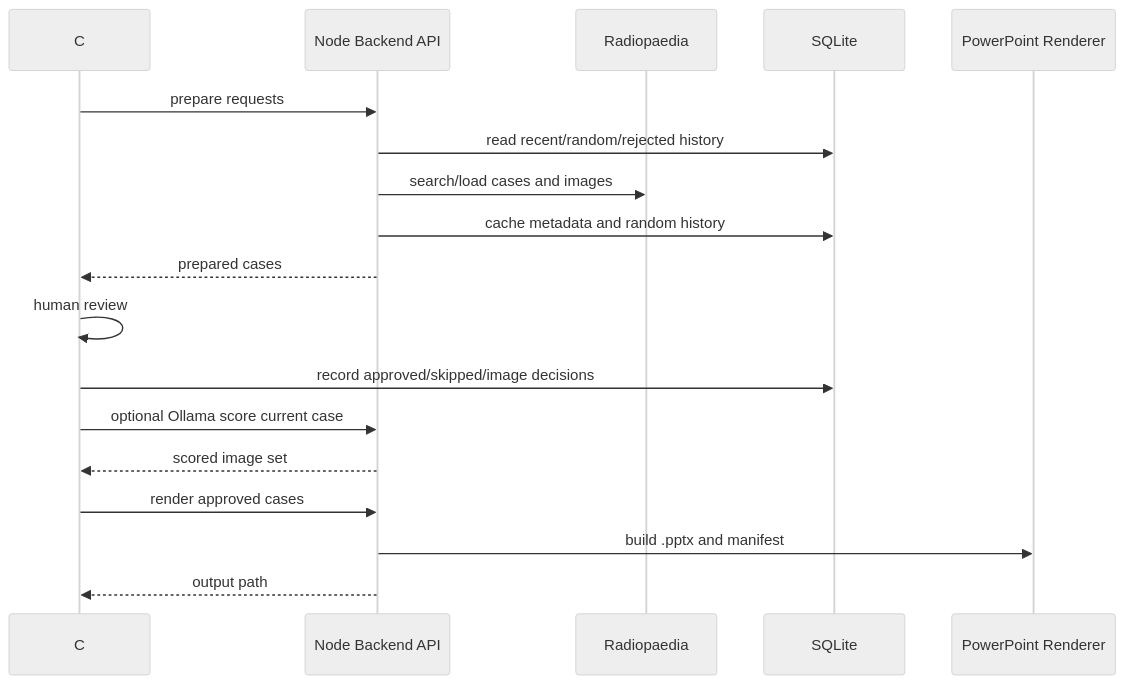
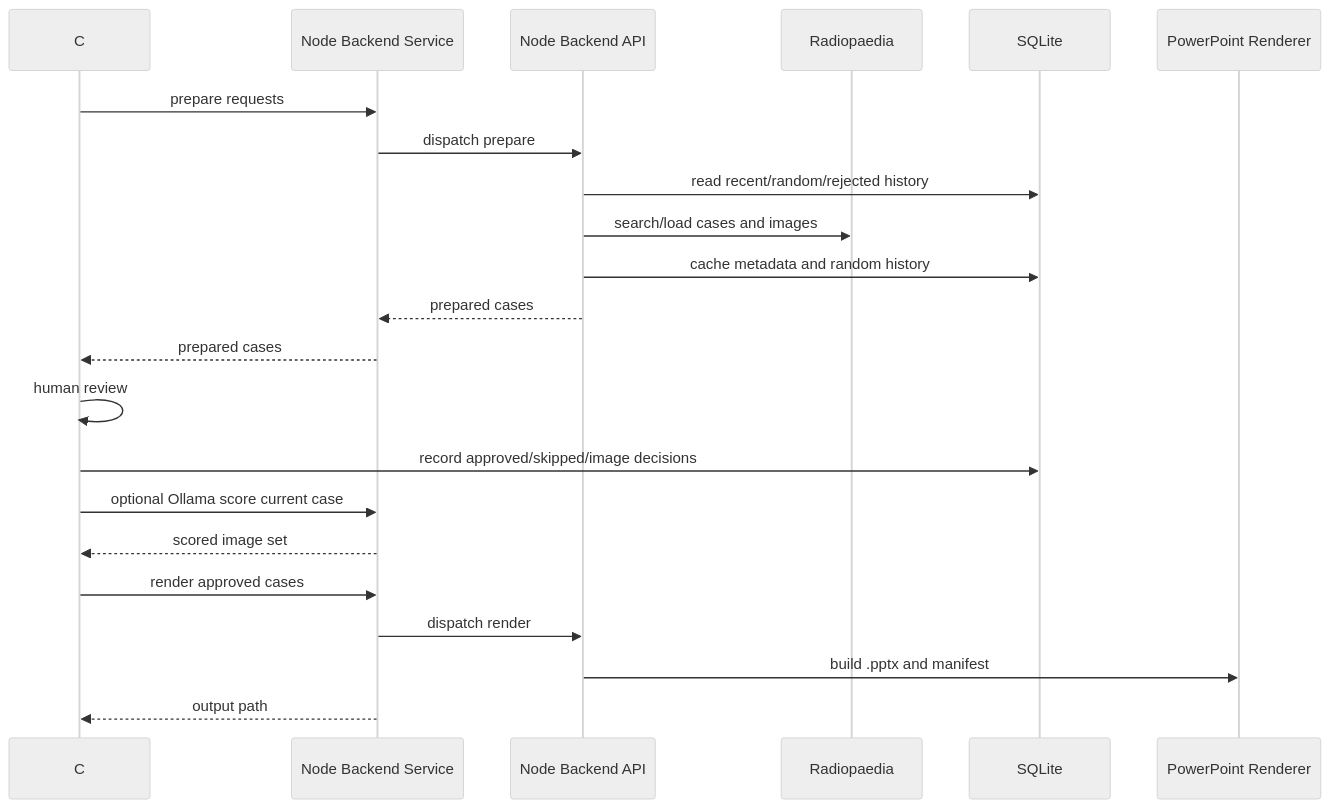
One commit to funwithcthulhu/radiology-ppt changed the second of 2 diagrams in docs/ARCHITECTURE.md. Above: the diagram before and after it, drawn with Mermaid (neutral theme). The commit also changed other lines of this file and 4 other files, not shown here.

````diff
--- a/docs/ARCHITECTURE.md
+++ b/docs/ARCHITECTURE.md
@@ -88,21 +97,25 @@
 ```mermaid
 sequenceDiagram
   participant UI as C# UI
-  participant Node as Node Backend API
+  participant Service as Node Backend Service
+  participant API as Node Backend API
   participant RP as Radiopaedia
   participant DB as SQLite
   participant PPT as PowerPoint Renderer
 
-  UI->>Node: prepare requests
-  Node->>DB: read recent/random/rejected history
-  Node->>RP: search/load cases and images
-  Node->>DB: cache metadata and random history
-  Node-->>UI: prepared cases
+  UI->>Service: prepare requests
+  Service->>API: dispatch prepare
+  API->>DB: read recent/random/rejected history
+  API->>RP: search/load cases and images
+  API->>DB: cache metadata and random history
+  API-->>Service: prepared cases
+  Service-->>UI: prepared cases
   UI->>UI: human review
   UI->>DB: record approved/skipped/image decisions
-  UI->>Node: optional Ollama score current case
-  Node-->>UI: scored image set
-  UI->>Node: render approved cases
-  Node->>PPT: build .pptx and manifest
-  Node-->>UI: output path
+  UI->>Service: optional Ollama score current case
+  Service-->>UI: scored image set
+  UI->>Service: render approved cases
+  Service->>API: dispatch render
+  API->>PPT: build .pptx and manifest
+  Service-->>UI: output path
 ```
````
